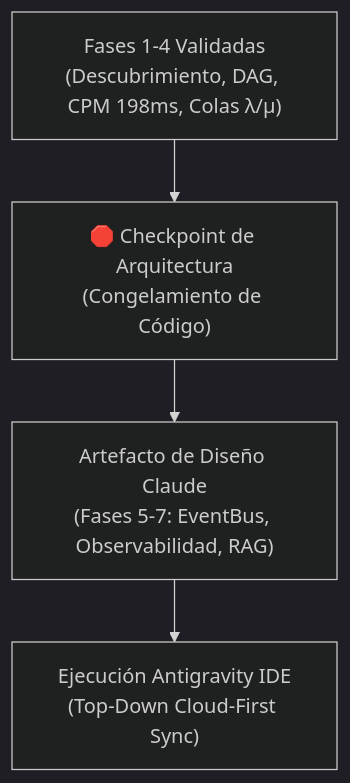
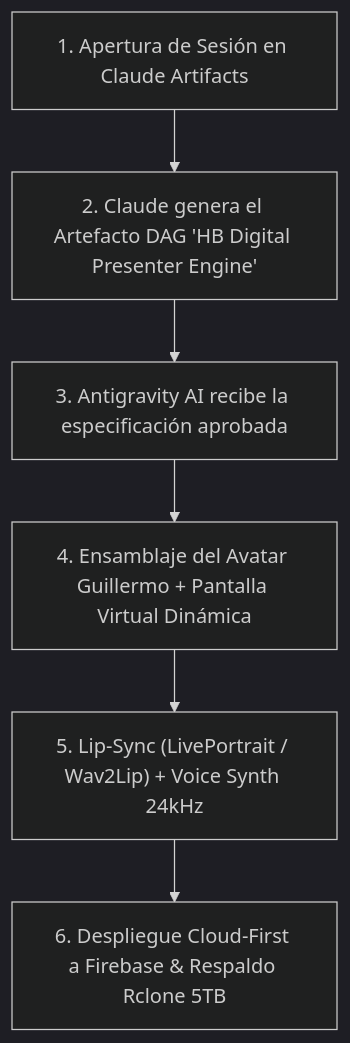
One commit to ipanemausa/openclaw-operativo-2026 changed the diagram in MASTER_HANDOFF_CLOSURE_2026_07_25.md. Above: the diagram before and after it, drawn with Mermaid (dark theme). The commit also changed other lines of this file and 1 other file, not shown here.

Commit message:
docs: cierre de jornada 25 de julio y plan maestro para el 26 de julio (Avatar Guillermo ultra-realista)

````diff
--- a/MASTER_HANDOFF_CLOSURE_2026_07_25.md
+++ b/MASTER_HANDOFF_CLOSURE_2026_07_25.md
@@ -16,6 +38,8 @@
 ```mermaid
 graph TD
-    A["Fases 1-4 Validadas<br/>(Descubrimiento, DAG, CPM 198ms, Colas λ/μ)"] --> B["🛑 Checkpoint de Arquitectura<br/>(Congelamiento de Código)"]
-    B --> C["Artefacto de Diseño Claude<br/>(Fases 5-7: EventBus, Observabilidad, RAG)"]
-    C --> D["Ejecución Antigravity IDE<br/>(Top-Down Cloud-First Sync)"]
+    A["1. Apertura de Sesión en Claude Artifacts"] --> B["2. Claude genera el Artefacto DAG 'HB Digital Presenter Engine'"]
+    B --> C["3. Antigravity AI recibe la especificación aprobada"]
+    C --> D["4. Ensamblaje del Avatar Guillermo + Pantalla Virtual Dinámica"]
+    D --> E["5. Lip-Sync (LivePortrait / Wav2Lip) + Voice Synth 24kHz"]
+    E --> F["6. Despliegue Cloud-First a Firebase & Respaldo Rclone 5TB"]
 ```
````
